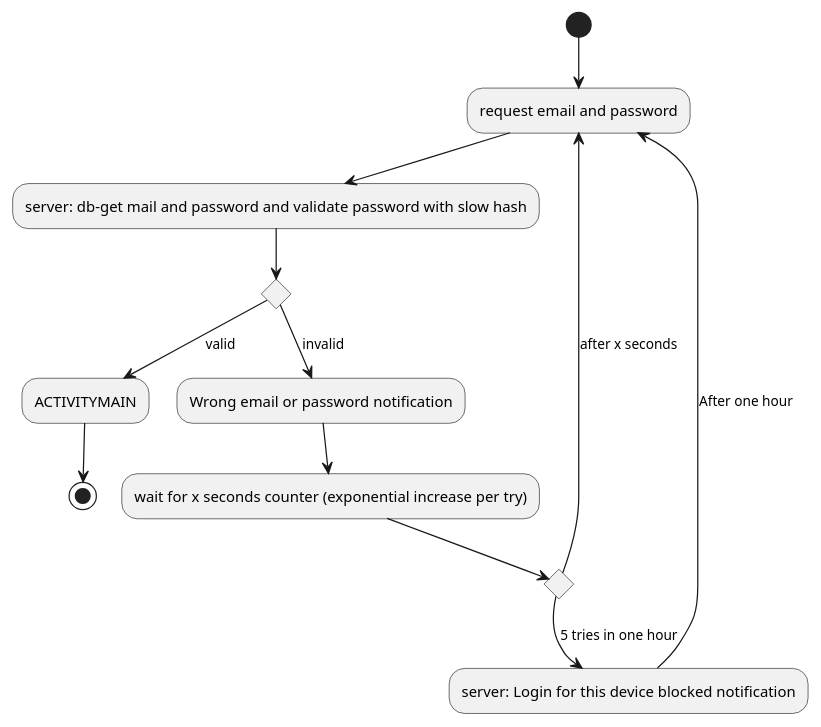
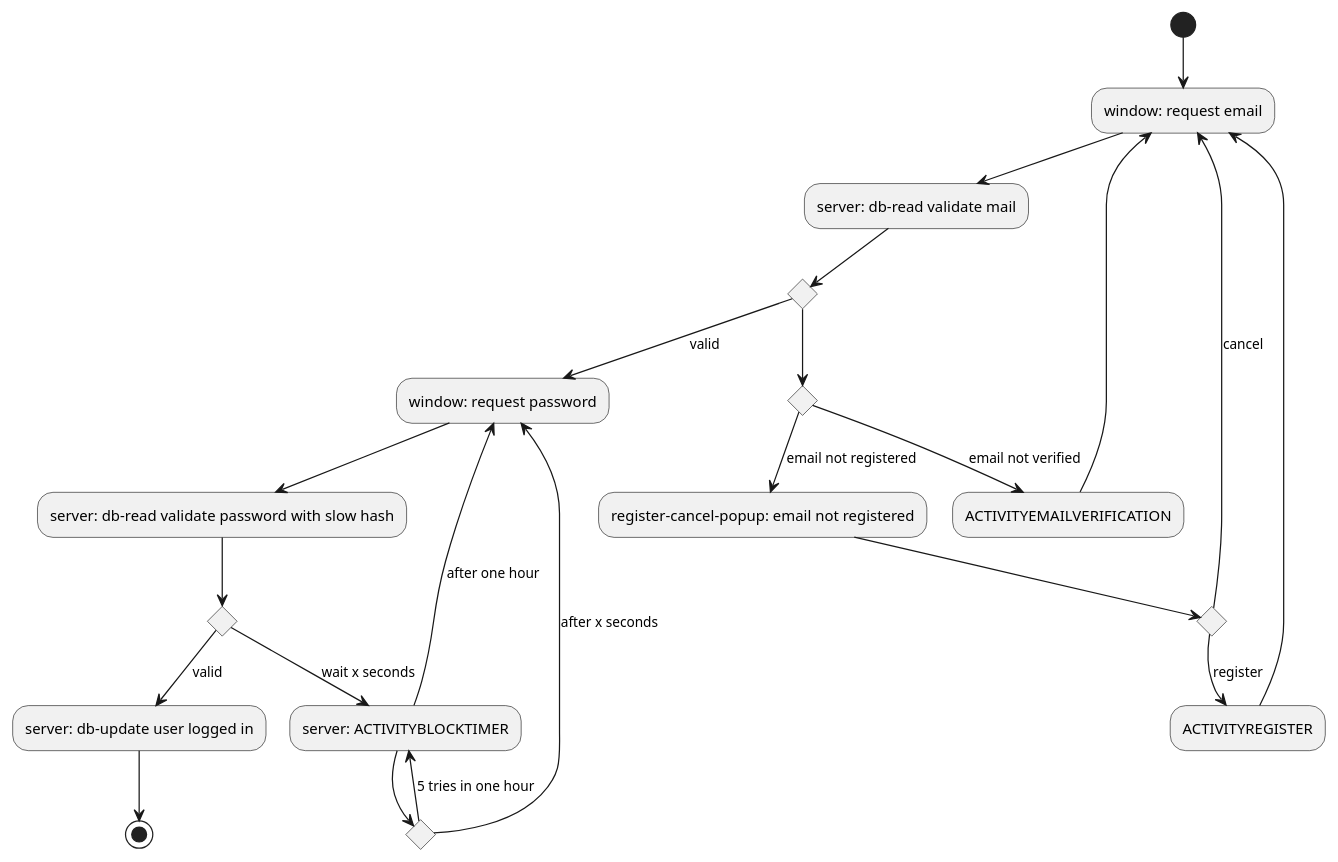
One commit to 0K5/campusfinder changed the diagram in docs/architecture/ACTIVITYLOGIN.puml. Above: the diagram before and after it, drawn with PlantUML. The commit also changed 15 other files, not shown here.

Commit message:
Added some activity diagrams about registration, login and settings.

```diff
--- a/docs/architecture/ACTIVITYLOGIN.puml
+++ b/docs/architecture/ACTIVITYLOGIN.puml
@@ -1,17 +1,33 @@
 @startuml
-(*)  --> "request email and password"
---> "server: db-get mail and password and validate password with slow hash"
+(*)  --> "window: request email"
+--> "server: db-read validate mail"
 if "" then
-    --> [valid] "ACTIVITYMAIN"
-    --> (*)
+    --> [valid] "window: request password"
+    --> "server: db-read validate password with slow hash"
+    if "" then
+        --> [valid] "server: db-update user logged in"
+        --> (*)
+    else
+        --> [wait x seconds] "server: ACTIVITYBLOCKTIMER"
+        if "" then
+            --> [5 tries in one hour] "server: ACTIVITYBLOCKTIMER"
+            --> [after one hour] "window: request password"
+        else
+            --> [after x seconds] "window: request password"
+        Endif
+    Endif
 else
-    --> [invalid] "Wrong email or password notification"
-    --> "wait for x seconds counter (exponential increase per try)"
     if "" then
-        --> [5 tries in one hour] "server: Login for this device blocked notification"
-        --> [After one hour] "request email and password"
+        --> [email not verified] "ACTIVITYEMAILVERIFICATION"
+        --> "window: request email"
     else
-        --> [after x seconds] "request email and password"
+        --> [email not registered] "register-cancel-popup: email not registered"
+        if "" then
+            --> [register] "ACTIVITYREGISTER"
+            --> "window: request email"
+        else
+            --> [cancel] "window: request email"
+        Endif
     Endif
 Endif
 @enduml
```
